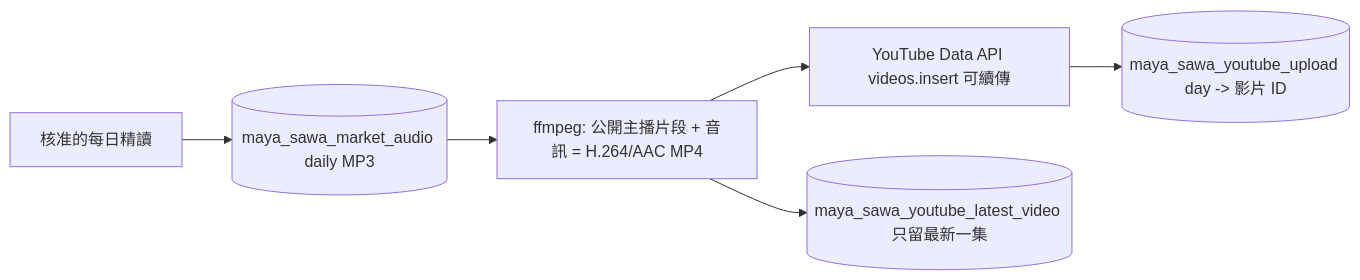
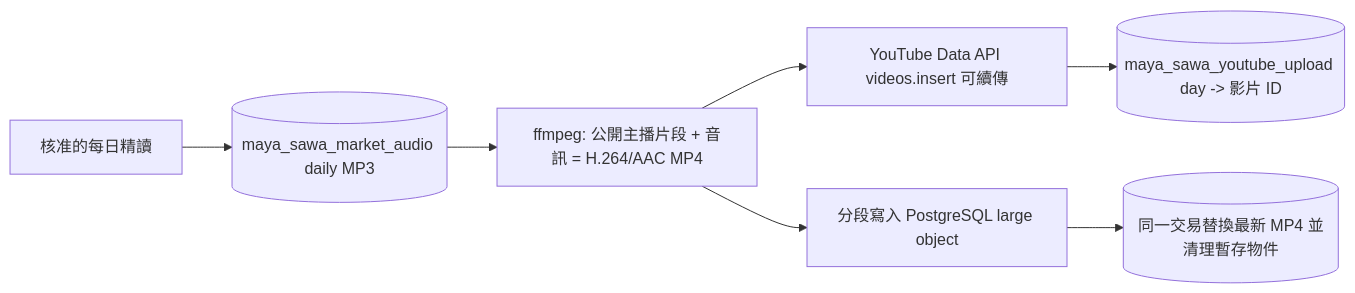
The diagram in docs/YOUTUBE_DAILY.md (Vinskao/maya-sawa), drawn with Mermaid before and after one commit. The commit also changed other lines of this file and 2 other files, not shown here.

Commit message:
Stream daily YouTube MP4 backups into PostgreSQL

````diff
--- a/docs/YOUTUBE_DAILY.md
+++ b/docs/YOUTUBE_DAILY.md
@@ -5,8 +5,9 @@
 ```mermaid
 flowchart LR
   A[核准的每日精讀] --> B[(maya_sawa_market_audio daily MP3)]
   B --> C[ffmpeg: 公開主播片段 + 音訊 = H.264/AAC MP4]
   C --> D[YouTube Data API videos.insert 可續傳]
   D --> E[(maya_sawa_youtube_upload day -> 影片 ID)]
-  C --> F[(maya_sawa_youtube_latest_video 只留最新一集)]
+  C --> G[分段寫入 PostgreSQL large object]
+  G --> F[(同一交易替換最新 MP4 並清理暫存物件)]
 ```
````
